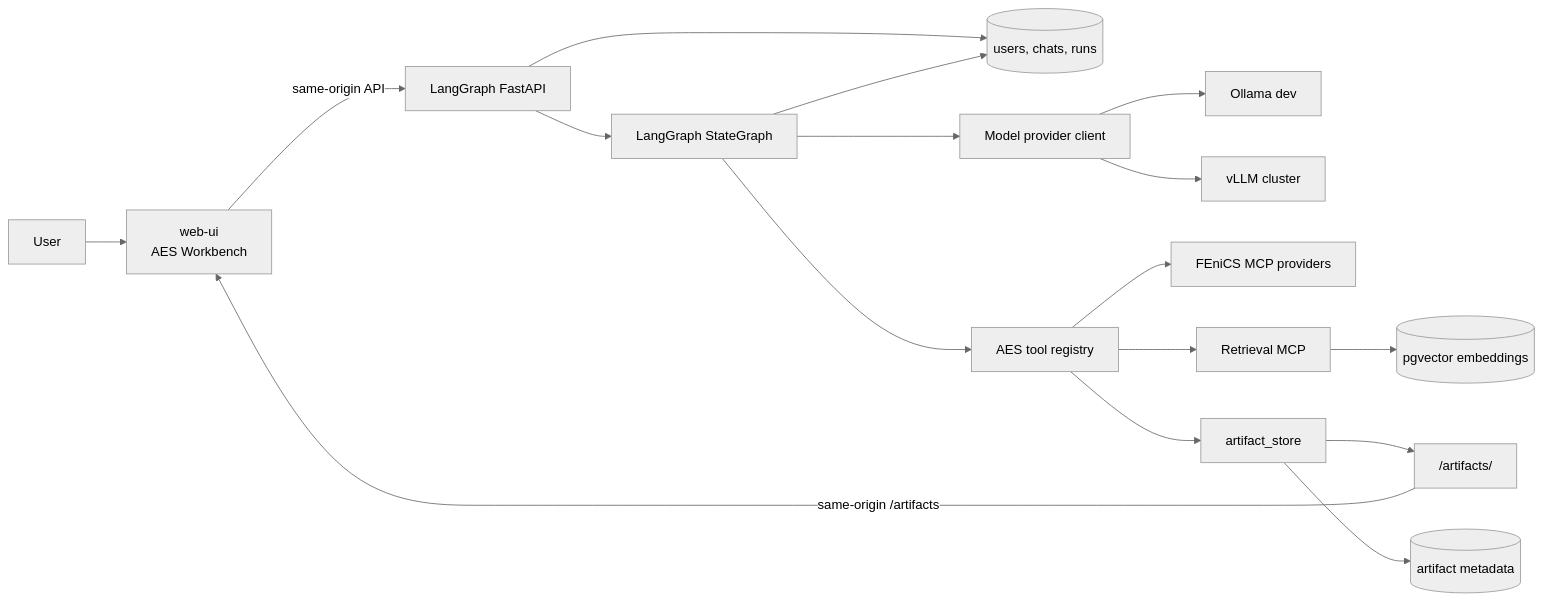
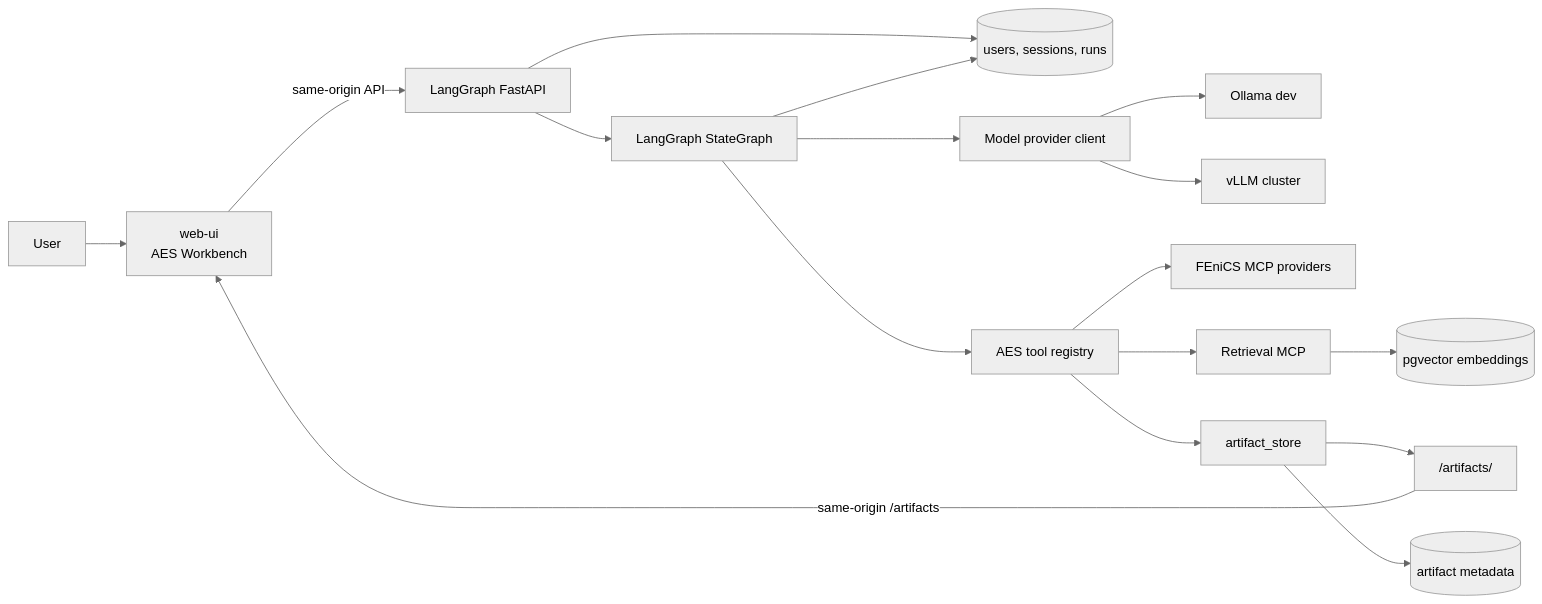
Before and after one commit to RadmirG/AES: the third of 14 diagrams in docs/architecture.md, drawn with Mermaid (neutral theme). The commit also changed other lines of this file and 23 other files, not shown here.

Commit message:
New recovery flow after browser refresh

````diff
--- a/docs/architecture.md
+++ b/docs/architecture.md
@@ -73,19 +74,19 @@
 ```mermaid
 flowchart LR
     U["User"] --> W["web-ui<br/>AES Workbench"]
     W -->|"same-origin API"| API["LangGraph FastAPI"]
     API --> G["LangGraph StateGraph"]
-    API --> DB[("users, chats, runs")]
+    API --> DB[("users, sessions, runs")]
     G --> DB
     G --> O["Model provider client"]
     O --> OD["Ollama dev"]
     O --> VP["vLLM cluster"]
     G --> T["AES tool registry"]
     T --> MCP["FEniCS MCP providers"]
     T --> RET["Retrieval MCP"]
     RET --> VEC[("pgvector embeddings")]
     T --> AS["artifact_store"]
     AS --> FILES["/artifacts/<run_id>"]
     AS --> META[("artifact metadata")]
     FILES -->|"same-origin /artifacts"| W
 ```
````
